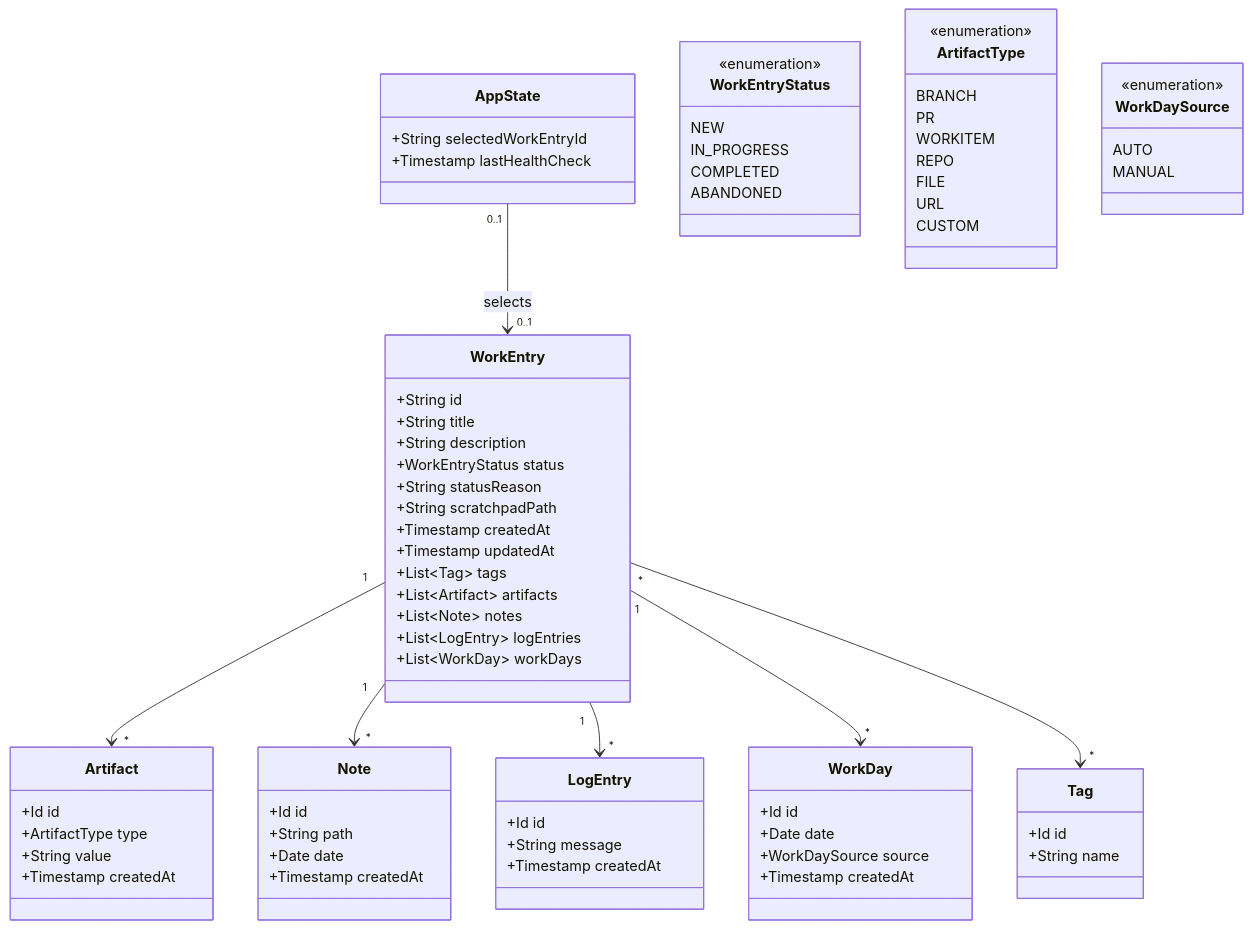
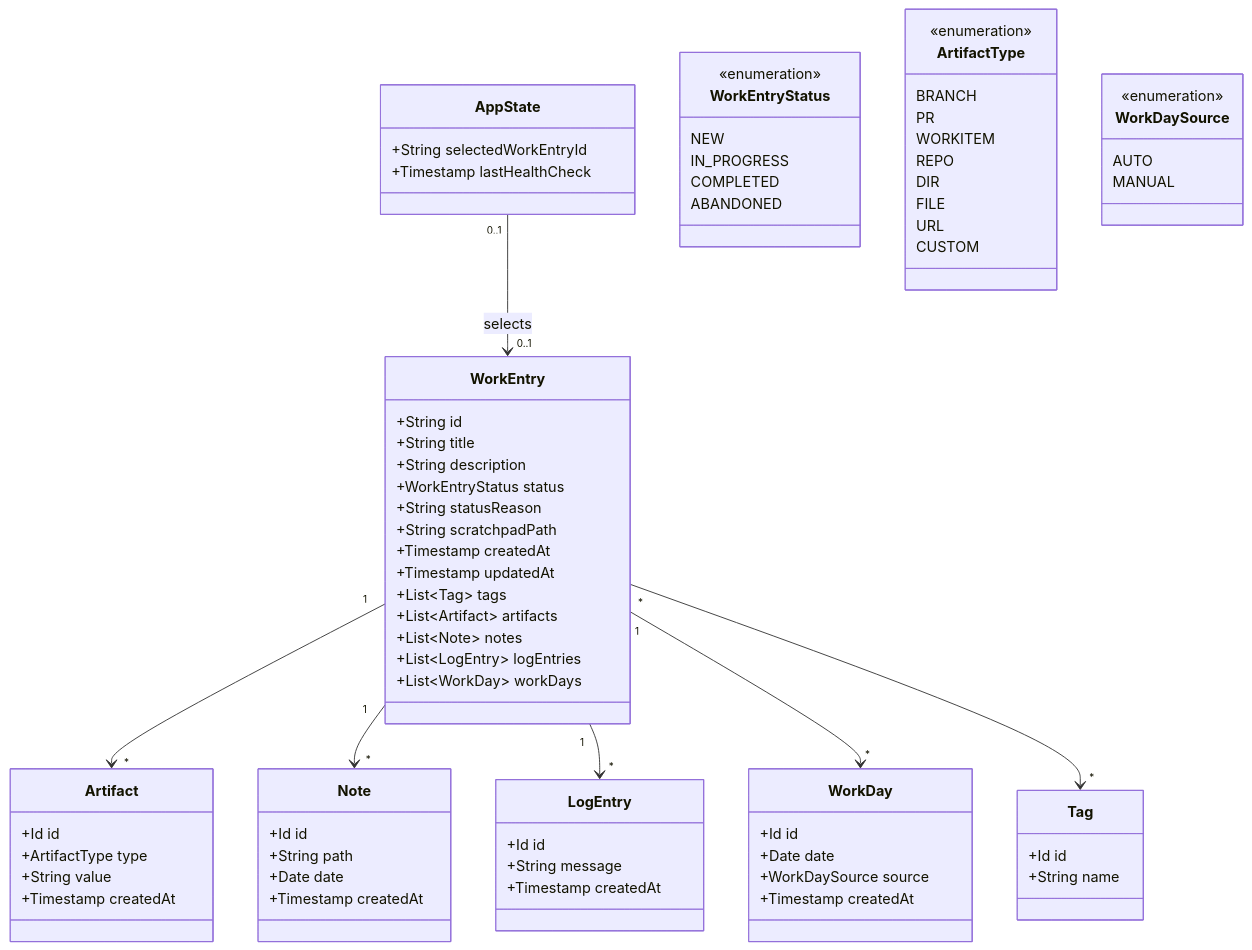
The second of 2 diagrams in docs/DATA_MODEL.md (lydietoure/orbit), drawn with Mermaid before and after one commit. The commit also changed other lines of this file and 3 other files, not shown here.

```diff
--- a/docs/DATA_MODEL.md
+++ b/docs/DATA_MODEL.md
@@ -177,6 +177,7 @@
         PR
         WORKITEM
         REPO
+        DIR
         FILE
         URL
         CUSTOM
```
